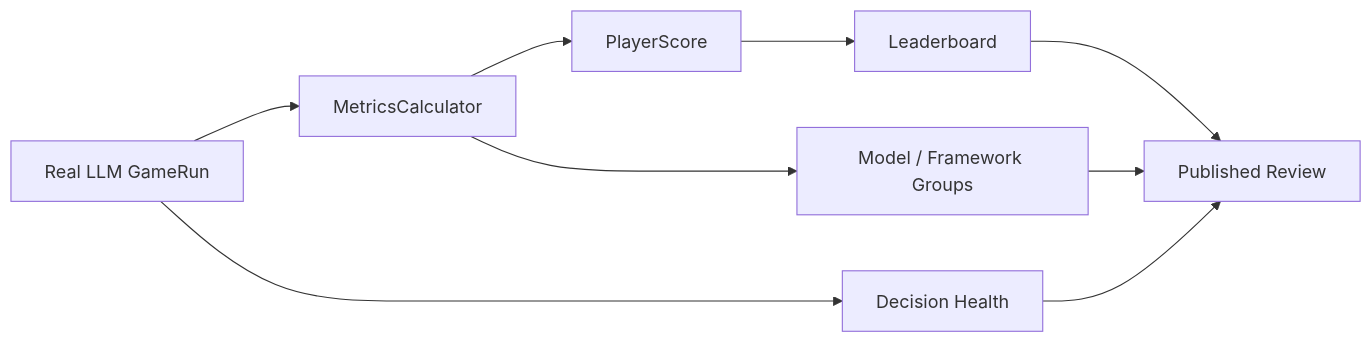
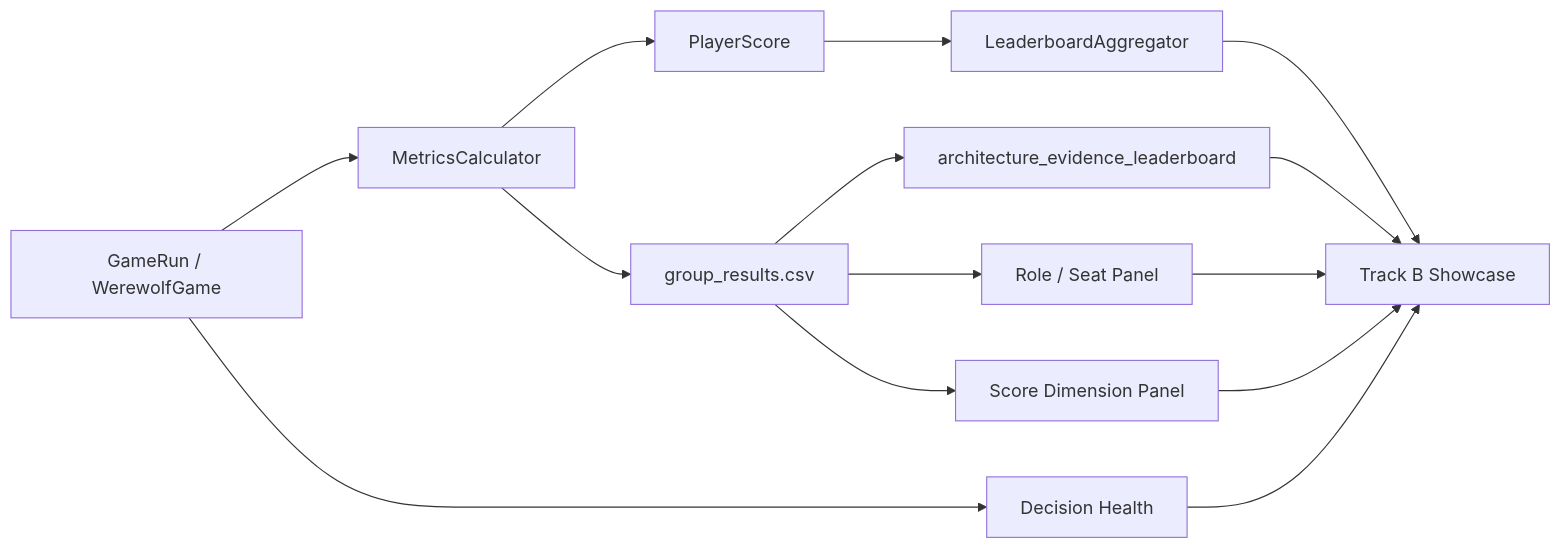
One commit to wxhfy/AIwerewolf changed the diagram in docs/evidence/PROJECT_TRACK_B_LEADERBOARD_SHOWCASE.md. Above: the diagram before and after it, drawn with Mermaid. The commit also changed other lines of this file and 11 other files, not shown here.

````diff
--- a/docs/evidence/PROJECT_TRACK_B_LEADERBOARD_SHOWCASE.md
+++ b/docs/evidence/PROJECT_TRACK_B_LEADERBOARD_SHOWCASE.md
@@ -7,14 +7,18 @@
 ```mermaid
 flowchart LR
-    accTitle: Track B Review Flow
-    accDescr: A real LLM Werewolf game is transformed into game-level, player-level, role-level, dimension-level, health-level and report-level review panels.
-
-    game[Real LLM GameRun] --> metrics[MetricsCalculator]
+    accTitle: Track B Evidence Flow
+    accDescr: This diagram shows how a real LLM game becomes multi-layer Track B review panels, including game, role, score, rubric, health, and report artifacts.
+    game[GameRun / WerewolfGame] --> metrics[MetricsCalculator]
     metrics --> player[PlayerScore]
-    metrics --> groups[Model / Framework Groups]
-    player --> leaderboard[Leaderboard]
+    metrics --> group[group_results.csv]
+    player --> leaderboard[LeaderboardAggregator]
+    group --> rubric[architecture_evidence_leaderboard]
     game --> health[Decision Health]
-    leaderboard --> report[Published Review]
-    groups --> report
+    group --> role[Role / Seat Panel]
+    group --> score[Score Dimension Panel]
+    leaderboard --> report[Track B Showcase]
+    rubric --> report
     health --> report
+    role --> report
+    score --> report
 ```
````
